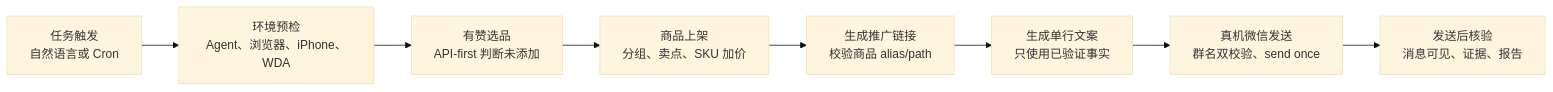
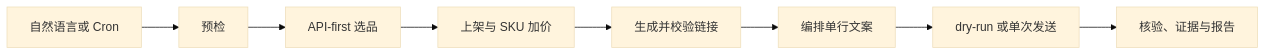
Before and after one commit to Garden12138/notes: the first of 3 diagrams in ai/Using OpenClaw iPhone-use and WDA to automate Youzan WeChat promotion.md, drawn with Mermaid (base theme). The commit also changed other lines of this file and 7 other files, not shown here.

````diff
--- a/ai/Using OpenClaw iPhone-use and WDA to automate Youzan WeChat promotion.md
+++ b/ai/Using OpenClaw iPhone-use and WDA to automate Youzan WeChat promotion.md
@@ -97,10 +64,10 @@
 ```mermaid
 flowchart LR
-    A["任务触发<br/>自然语言或 Cron"] --> B["环境预检<br/>Agent、浏览器、iPhone、WDA"]
-    B --> C["有赞选品<br/>API-first 判断未添加"]
-    C --> D["商品上架<br/>分组、卖点、SKU 加价"]
-    D --> E["生成推广链接<br/>校验商品 alias/path"]
-    E --> F["生成单行文案<br/>只使用已验证事实"]
-    F --> G["真机微信发送<br/>群名双校验、send once"]
-    G --> H["发送后核验<br/>消息可见、证据、报告"]
+    A["自然语言或 Cron"] --> B["预检"]
+    B --> C["API-first 选品"]
+    C --> D["上架与 SKU 加价"]
+    D --> E["生成并校验链接"]
+    E --> F["编排单行文案"]
+    F --> G["dry-run 或单次发送"]
+    G --> H["核验、证据与报告"]
 ```
````
